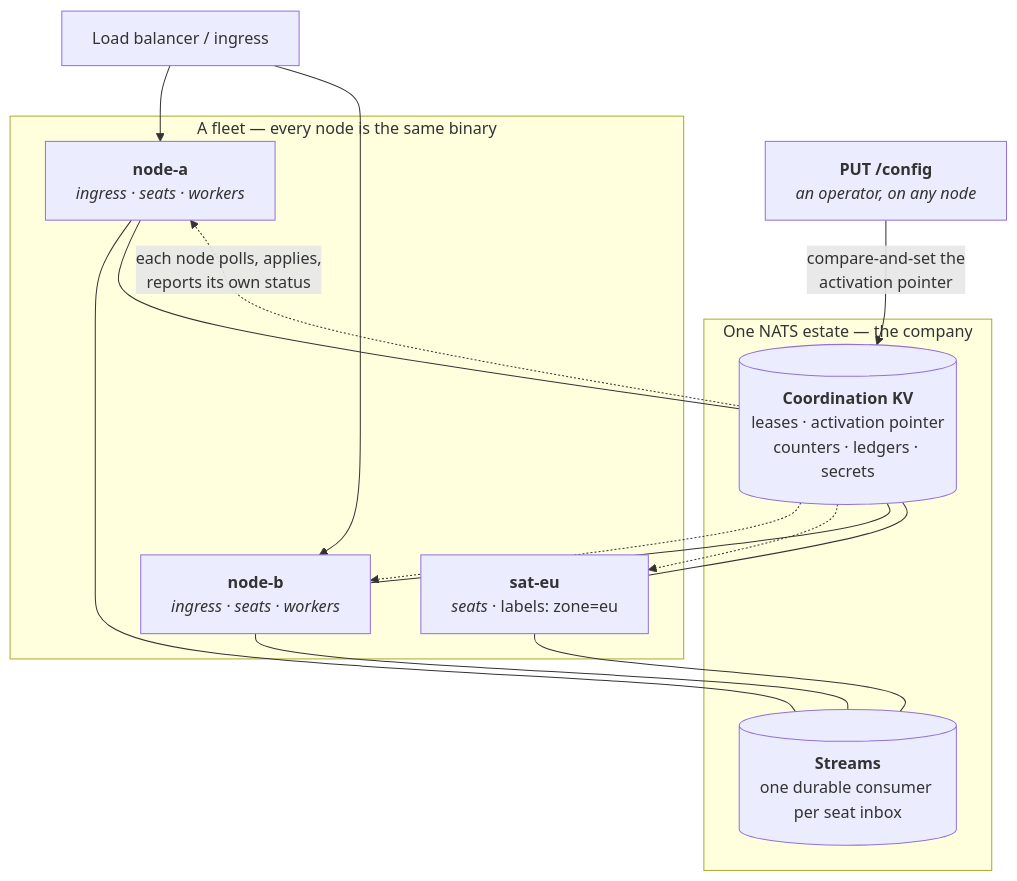
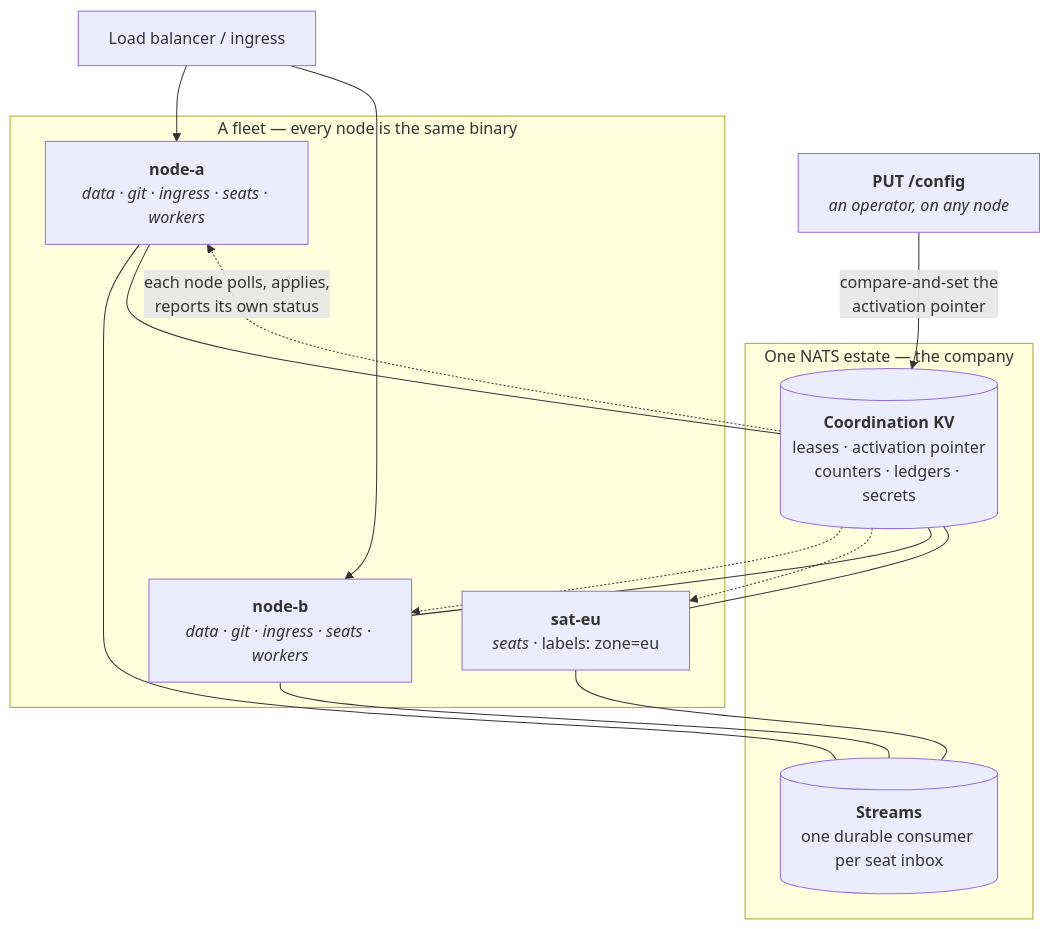
One commit to crewlet/crewlet changed the tenth of 10 diagrams in docs/concepts/architecture.md. Above: the diagram before and after it, drawn with Mermaid. The commit also changed other lines of this file and 73 other files, not shown here.

````diff
--- a/docs/concepts/architecture.md
+++ b/docs/concepts/architecture.md
@@ -691,29 +697,29 @@
 ```mermaid
 flowchart TB
     subgraph fleetbox["A fleet — every node is the same binary"]
-        N1["<b>node-a</b><br/><i>ingress · seats · workers</i>"]
-        N2["<b>node-b</b><br/><i>ingress · seats · workers</i>"]
+        N1["<b>node-a</b><br/><i>data · git · ingress · seats · workers</i>"]
+        N2["<b>node-b</b><br/><i>data · git · ingress · seats · workers</i>"]
         N3["<b>sat-eu</b><br/><i>seats</i> · labels: zone=eu"]
     end
 
     subgraph shared["One NATS estate — the company"]
         MQ[("<b>Streams</b><br/>one durable consumer per seat inbox")]
         KV[("<b>Coordination KV</b><br/>leases · activation pointer<br/>counters · ledgers · secrets")]
     end
 
     LB["Load balancer / ingress"]
     OPS["<b>PUT /config</b><br/><i>an operator, on any node</i>"]
 
     LB --> N1
     LB --> N2
     N1 --- MQ
     N2 --- MQ
     N3 --- MQ
     N1 --- KV
     N2 --- KV
     N3 --- KV
     OPS -->|"compare-and-set the<br/>activation pointer"| KV
     KV -.->|"each node polls, applies,<br/>reports its own status"| N1
     KV -.-> N2
     KV -.-> N3
 ```
````
